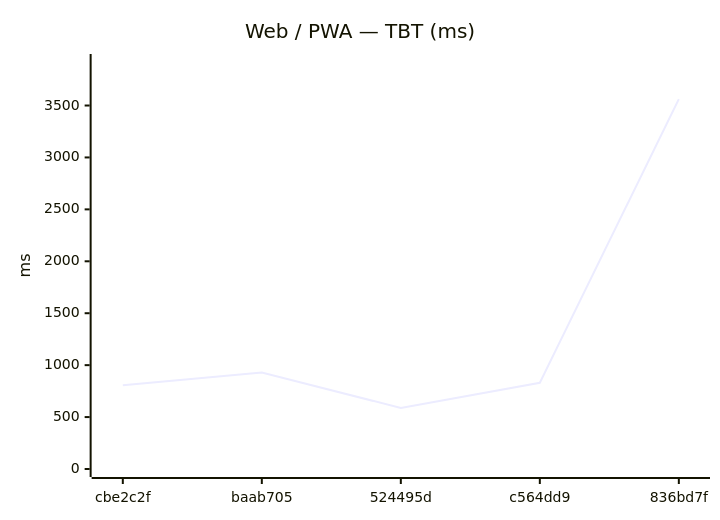
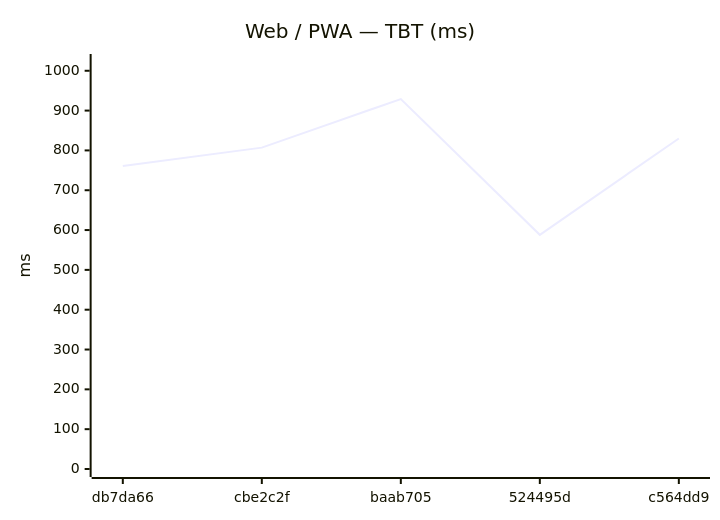
One commit to Metaheurist/Rianell changed the sixth of 12 diagrams in benchmarks/compare.md. Above: the diagram before and after it, drawn with Mermaid. The commit also changed other lines of this file and 8 other files, not shown here.

````diff
--- a/benchmarks/compare.md
+++ b/benchmarks/compare.md
@@ -89,7 +89,7 @@
 ```mermaid
 xychart-beta
     title "Web / PWA — TBT (ms)"
-    x-axis ["cbe2c2f", "baab705", "524495d", "c564dd9", "836bd7f"]
-    y-axis "ms" 0 --> 3919
-    line [807, 929, 588, 830, 3562]
+    x-axis ["db7da66", "cbe2c2f", "baab705", "524495d", "c564dd9"]
+    y-axis "ms" 0 --> 1022
+    line [761, 807, 929, 588, 830]
 ```
````
